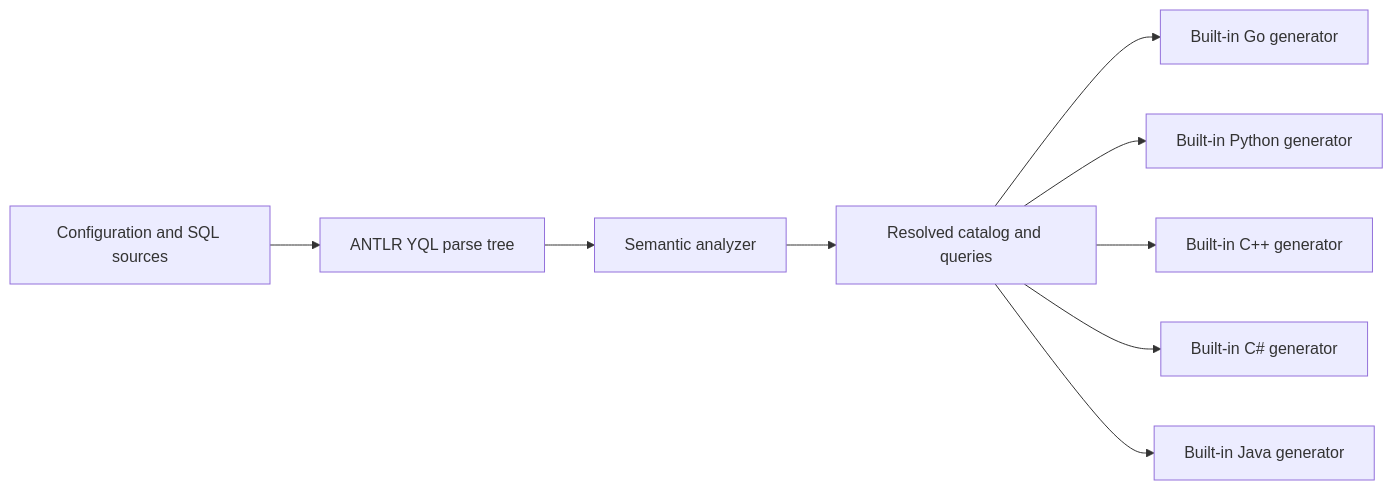
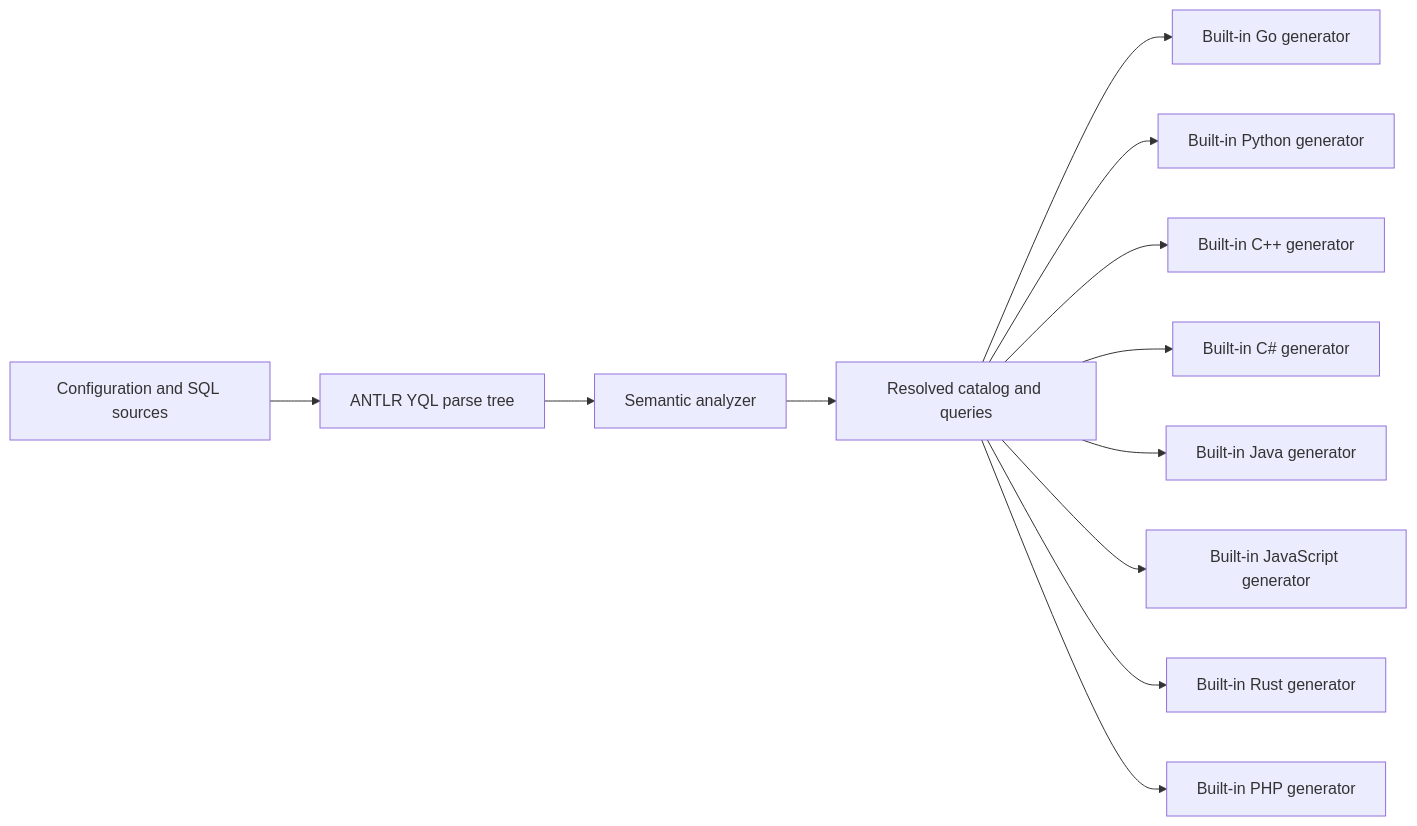
The diagram in docs/architecture.md (ydb-platform/sqlc-ydb), drawn with Mermaid before and after one commit. The commit also changed other lines of this file and 183 other files, not shown here.

Commit message:
feat: add Dapper, linq2db, JavaScript, Rust and PHP generators

````diff
--- a/docs/architecture.md
+++ b/docs/architecture.md
@@ -3,11 +3,14 @@
 ```mermaid
 flowchart LR
   A[Configuration and SQL sources] --> B[ANTLR YQL parse tree]
   B --> C[Semantic analyzer]
   C --> D[Resolved catalog and queries]
   D --> E[Built-in Go generator]
   D --> F[Built-in Python generator]
   D --> G[Built-in C++ generator]
   D --> H[Built-in C# generator]
   D --> I[Built-in Java generator]
+  D --> J[Built-in JavaScript generator]
+  D --> K[Built-in Rust generator]
+  D --> L[Built-in PHP generator]
 ```
````
